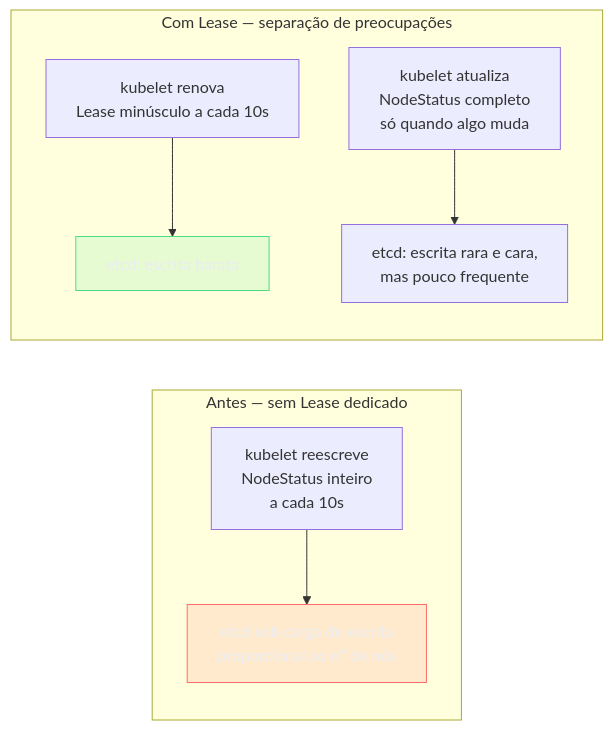
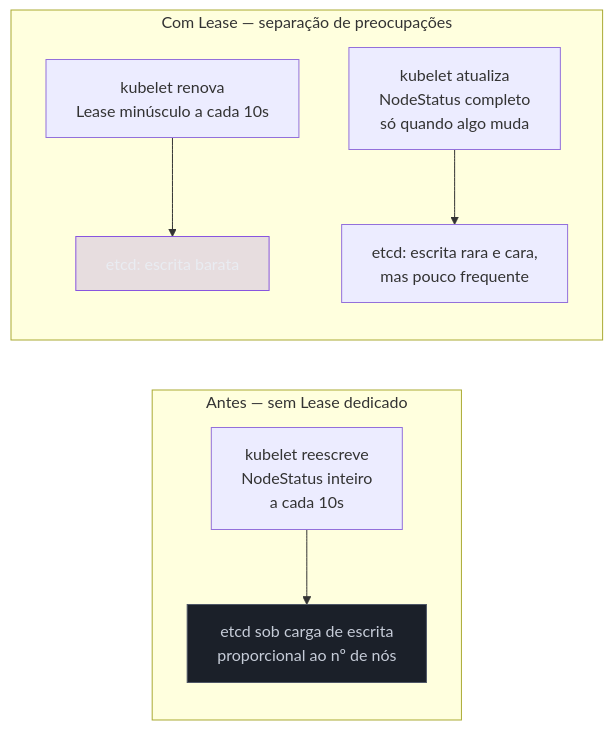
The fifth of 6 diagrams in 03-Dominios/Tecnologia/Infraestrutura/Kubernetes/17 - O kubelet e o nó.md (josenaldo/codex-technomanticus), drawn with Mermaid before and after one commit. The commit also changed other lines of this file and 601 other files, not shown here.

````diff
--- a/03-Dominios/Tecnologia/Infraestrutura/Kubernetes/17 - O kubelet e o nó.md
+++ b/03-Dominios/Tecnologia/Infraestrutura/Kubernetes/17 - O kubelet e o nó.md
@@ -234,14 +233,14 @@
 ```mermaid
 graph LR
-    classDef falha fill:#FF6B6B24,stroke:#FF6B6B,color:#E9ECF2
-    classDef ok fill:#4ADE8021,stroke:#4ADE80,color:#E9ECF2
+    classDef marca fill:#8855DF33,stroke:#8855DF,color:#E9ECF2
+    classDef neutro fill:#1B2029,stroke:#4E5666,color:#C6CCD8
     subgraph "Antes — sem Lease dedicado"
         N1["kubelet reescreve<br/>NodeStatus inteiro<br/>a cada 10s"] --> E1["etcd sob carga de escrita<br/>proporcional ao nº de nós"]
     end
     subgraph "Com Lease — separação de preocupações"
         N2["kubelet renova<br/>Lease minúsculo a cada 10s"] --> E2["etcd: escrita barata"]
         N3["kubelet atualiza<br/>NodeStatus completo<br/>só quando algo muda"] --> E3["etcd: escrita rara e cara,<br/>mas pouco frequente"]
     end
-    class E1 falha
-    class E2 ok
+    class E1 neutro
+    class E2 marca
 ```
````
